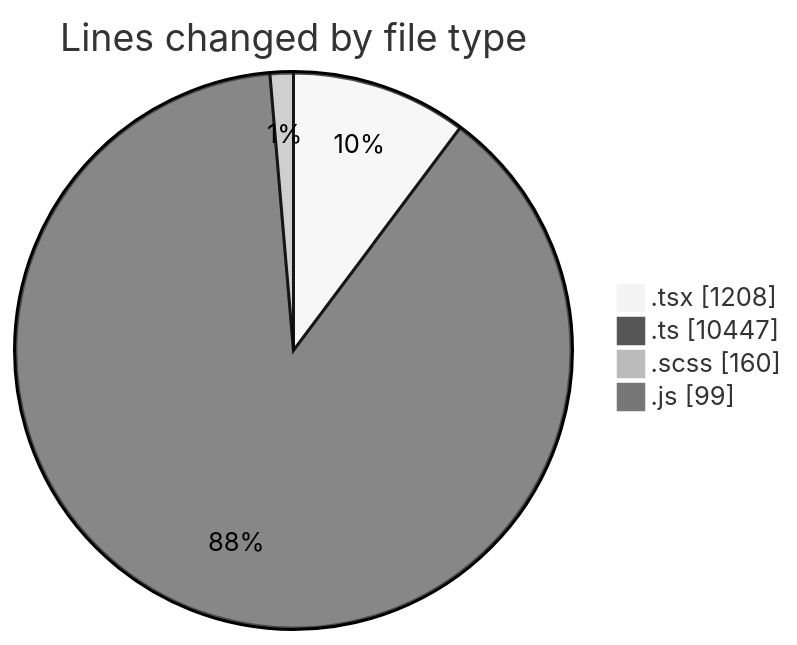
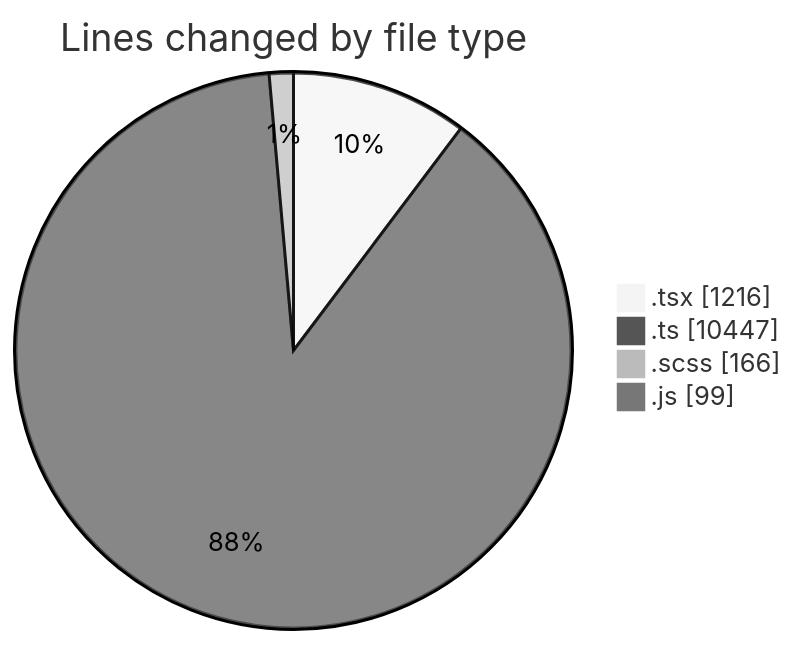
One commit to momahboobian/code-tracking changed the first of 2 diagrams in 2025-03-26/cda/README.md. Above: the diagram before and after it, drawn with Mermaid (neutral theme). The commit also changed other lines of this file and 1 other file, not shown here.

````diff
--- a/2025-03-26/cda/README.md
+++ b/2025-03-26/cda/README.md
@@ -42,8 +42,8 @@
 ```mermaid
 pie showData
 title Lines changed by file type
-".tsx" : 1208
+".tsx" : 1216
 ".ts" : 10447
-".scss" : 160
+".scss" : 166
 ".js" : 99
 ```
````
